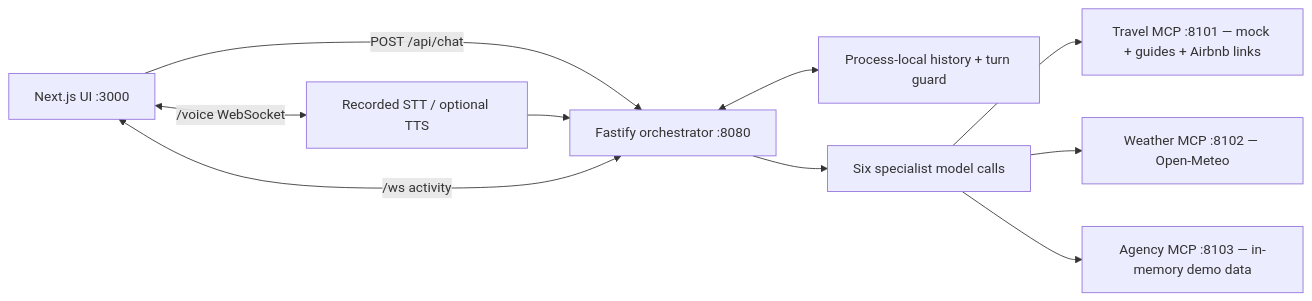
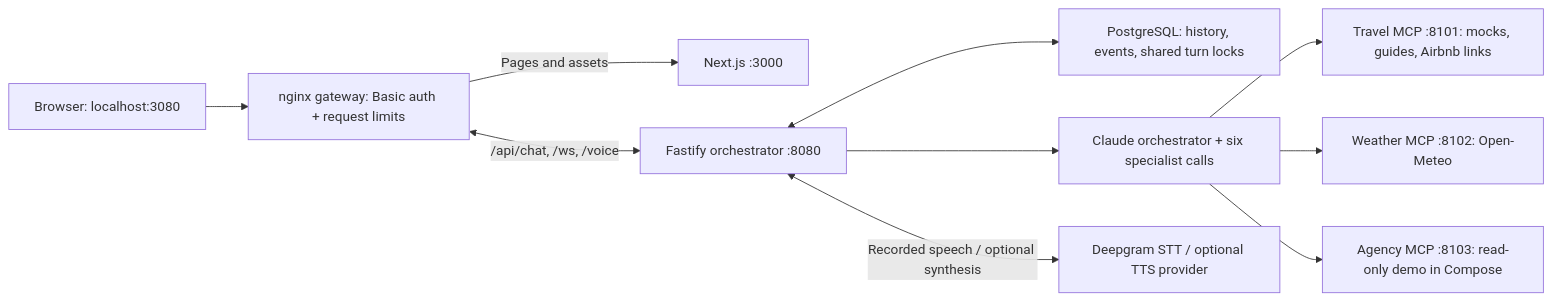
One commit to rohansawant07/voice-agentic-ai changed the diagram in README.md. Above: the diagram before and after it, drawn with Mermaid. The commit also changed other lines of this file and 6 other files, not shown here.

Commit message:
Refresh Docker architecture and durable project handoff

````diff
--- a/README.md
+++ b/README.md
@@ -59,12 +59,12 @@
 ```mermaid
 flowchart LR
-  UI["Next.js UI :3000"] -->|POST /api/chat| O["Fastify orchestrator :8080"]
-  UI <-->|/voice WebSocket| V["Recorded STT / optional TTS"]
-  V --> O
-  O <-->|/ws activity| UI
-  O <--> S["Process-local history + turn guard"]
-  O --> A["Six specialist model calls"]
-  A --> T["Travel MCP :8101 — mock + guides + Airbnb links"]
-  A --> W["Weather MCP :8102 — Open-Meteo"]
-  A --> B["Agency MCP :8103 — in-memory demo data"]
+  U["Browser: localhost:3080"] --> G["nginx gateway: Basic auth + request limits"]
+  G -->|Pages and assets| WEB["Next.js :3000"]
+  G <-->|"/api/chat, /ws, /voice"| O["Fastify orchestrator :8080"]
+  O <--> DB["PostgreSQL: history, events, shared turn locks"]
+  O --> AI["Claude orchestrator + six specialist calls"]
+  O <-->|Recorded speech / optional synthesis| VOICE["Deepgram STT / optional TTS provider"]
+  AI --> T["Travel MCP :8101: mocks, guides, Airbnb links"]
+  AI --> W["Weather MCP :8102: Open-Meteo"]
+  AI --> A["Agency MCP :8103: read-only demo in Compose"]
 ```
````
